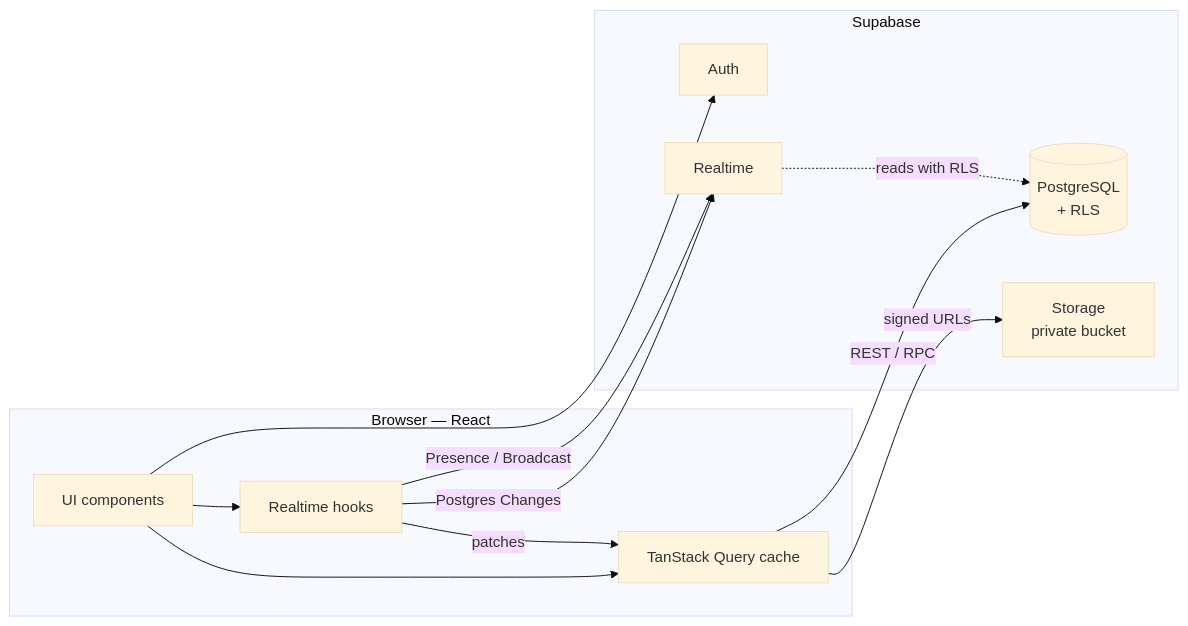
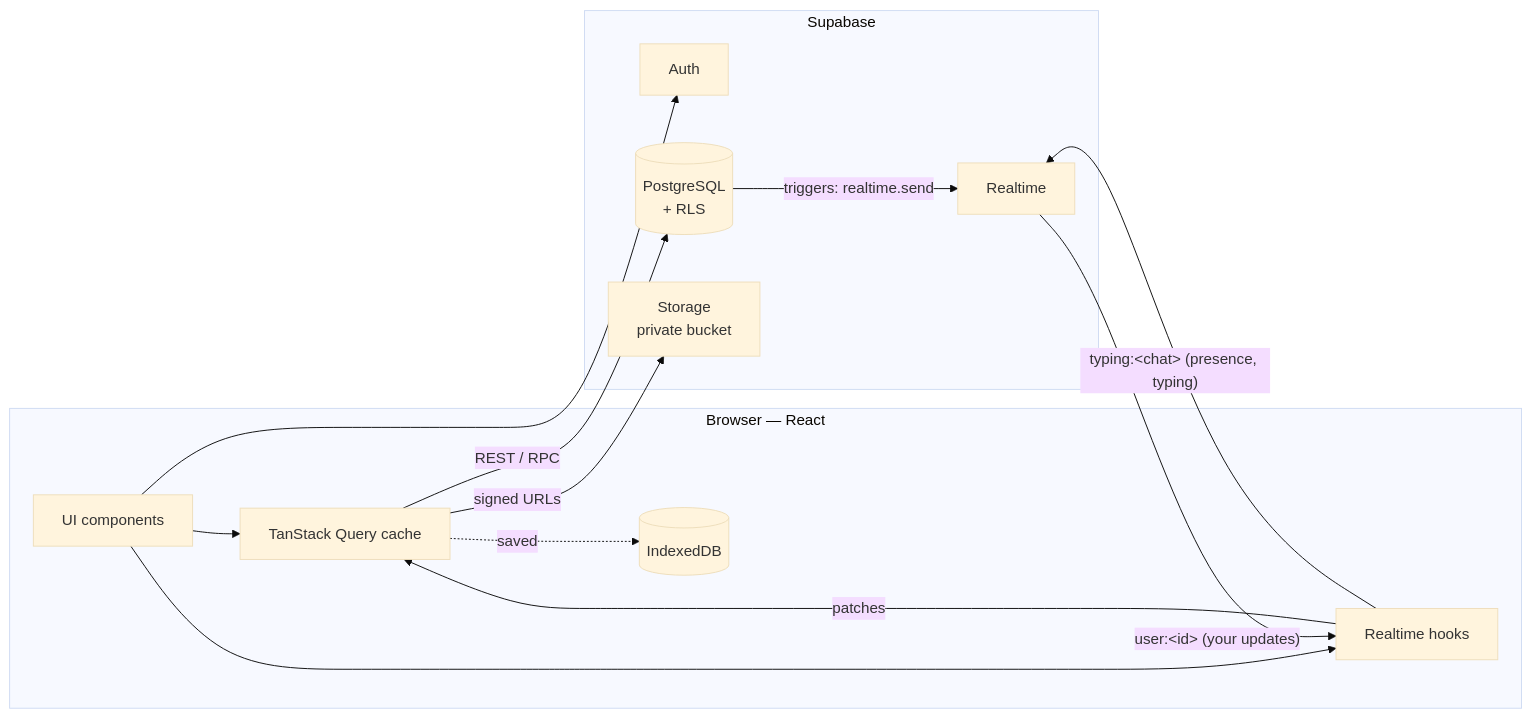
One commit to MostafaGaber135/Hamsa changed the diagram in README.md. Above: the diagram before and after it, drawn with Mermaid (base theme). The commit also changed other lines of this file and 19 other files, not shown here.

````diff
--- a/README.md
+++ b/README.md
@@ -97,22 +97,23 @@
 ```mermaid
 flowchart LR
   subgraph Browser["Browser — React"]
     UI[UI components] --> Q[TanStack Query cache]
     UI --> RT[Realtime hooks]
     RT -- patches --> Q
+    Q -. saved .-> IDB[(IndexedDB)]
   end
 
   subgraph Supabase
     Auth[Auth]
     DB[(PostgreSQL<br/>+ RLS)]
     ST[Storage<br/>private bucket]
     RL[Realtime]
   end
 
   Q -- REST / RPC --> DB
   Q -- signed URLs --> ST
-  RT -- Postgres Changes --> RL
-  RT -- Presence / Broadcast --> RL
-  RL -. reads with RLS .-> DB
+  DB -- triggers: realtime.send --> RL
+  RL -- "user:&lt;id&gt; (your updates)" --> RT
+  RT -- "typing:&lt;chat&gt; (presence, typing)" --> RL
   UI --> Auth
 ```
````
